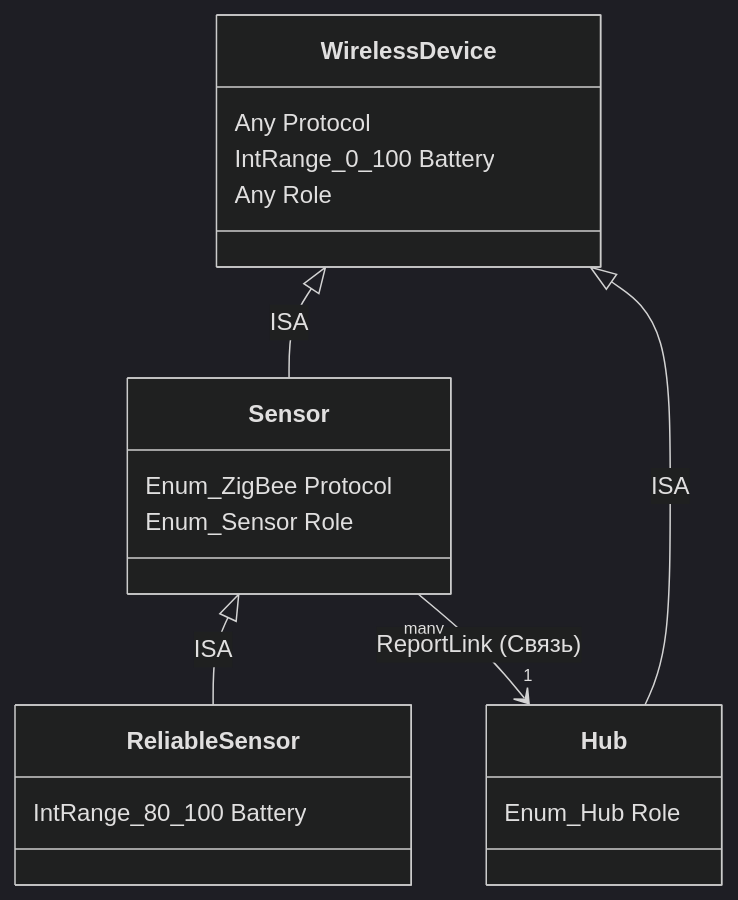
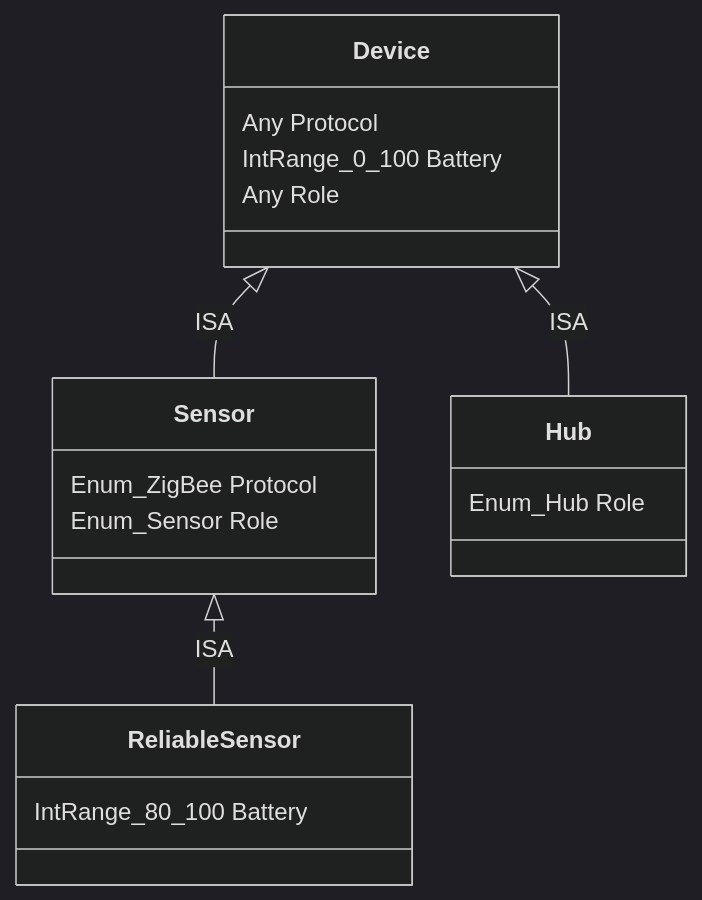
Before and after one commit to litc0x3B/semantic-analysis: the diagram in concepts-inference/report.md, drawn with Mermaid (dark theme). The commit also changed other lines of this file, not shown here.

````diff
--- a/concepts-inference/report.md
+++ b/concepts-inference/report.md
@@ -32,27 +50,25 @@
 ```mermaid
 classDiagram
-    class WirelessDevice {
+    class Device {
         Any Protocol
         IntRange_0_100 Battery
         Any Role
     }
 
     class Sensor {
         Enum_ZigBee Protocol
         Enum_Sensor Role
     }
 
     class ReliableSensor {
         IntRange_80_100 Battery
     }
 
     class Hub {
         Enum_Hub Role
     }
 
-    WirelessDevice <|-- Sensor : ISA
+    Device <|-- Sensor : ISA
     Sensor <|-- ReliableSensor : ISA
-    WirelessDevice <|-- Hub : ISA
-
-    Sensor "many" --> "1" Hub : ReportLink (Связь)
+    Device <|-- Hub : ISA
 ```
````
